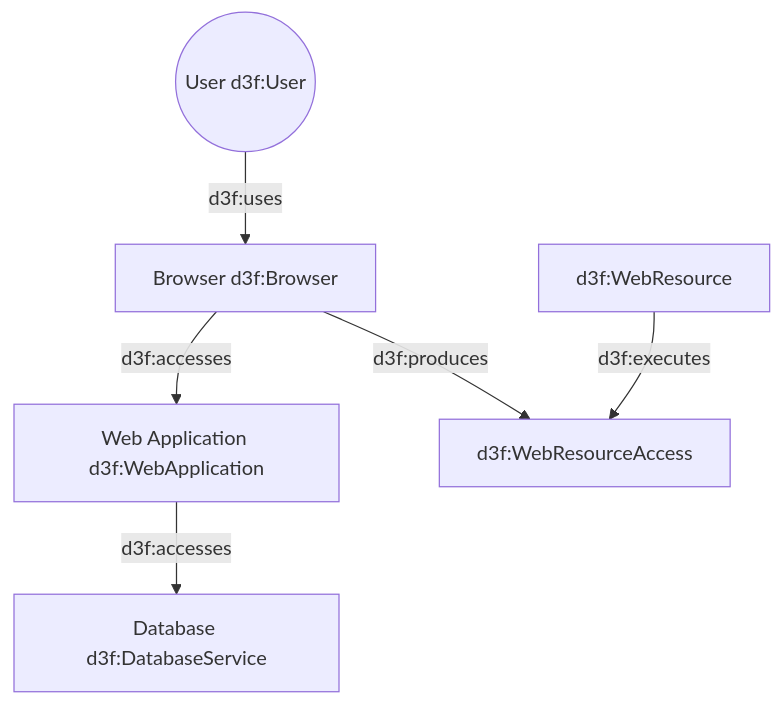
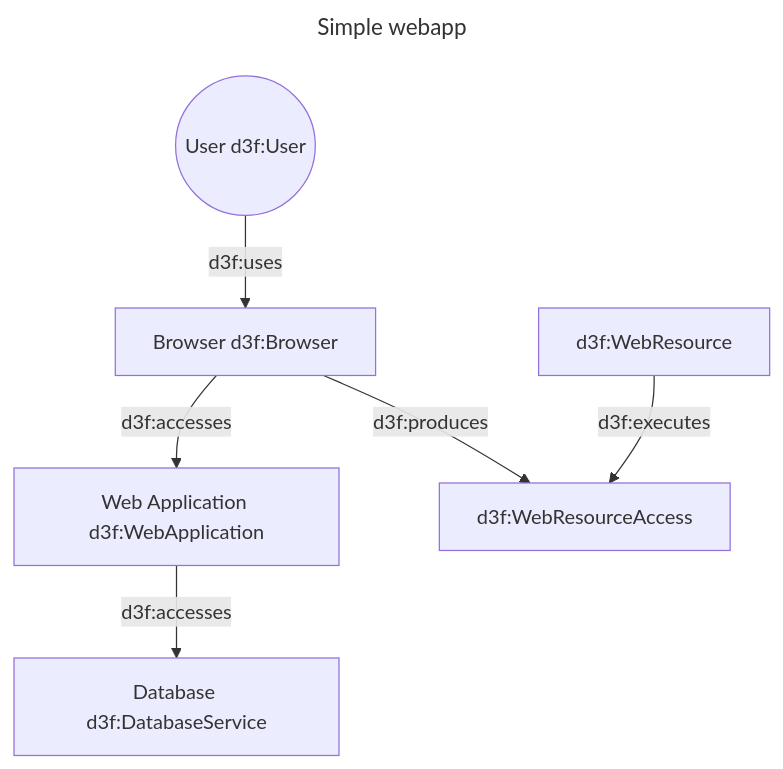
Before and after one commit to ioggstream/d3sign: the diagram in app/src/data/examples/003-webapp.md, drawn with Mermaid. The commit also changed 8 other files, not shown here.

Commit message:
Fix: #6. Diagram titles.

````diff
--- a/app/src/data/examples/003-webapp.md
+++ b/app/src/data/examples/003-webapp.md
@@ -3,21 +3,24 @@
 ```mermaid
+---
+title: Simple webapp
+---
 graph
 
 u((User d3f:User))
 
 b[Browser d3f:Browser]
 a[Web Application d3f:WebApplication]
 db[Database d3f:DatabaseService]
 
 u -->|d3f:uses| b
 b -->|d3f:accesses| a
 a -->|d3f:accesses| db
 
 b -->|d3f:produces| request
 request[d3f:WebResourceAccess]
 
 api[d3f:WebResource]
 
 api -->|d3f:executes| request
 
 ```
````
